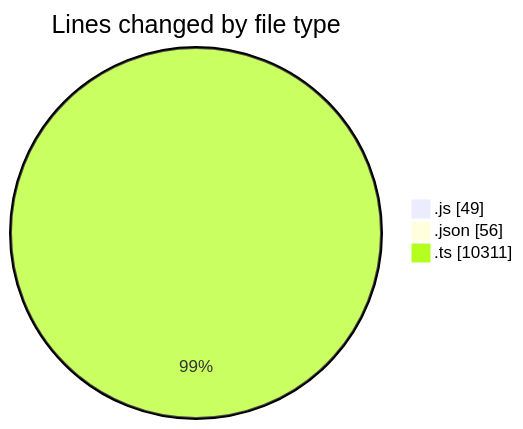
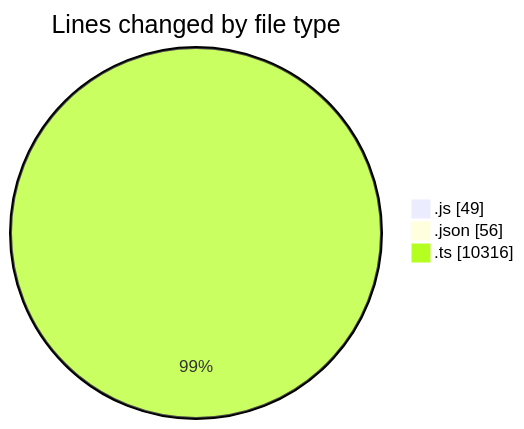
The first of 2 diagrams in 2025-09-04/cda/README.md (momahboobian/code-tracking), drawn with Mermaid before and after one commit. The commit also changed other lines of this file and 1 other file, not shown here.

````diff
--- a/2025-09-04/cda/README.md
+++ b/2025-09-04/cda/README.md
@@ -24,7 +24,7 @@
 ```mermaid
 pie showData
 title Lines changed by file type
 ".js" : 49
 ".json" : 56
-".ts" : 10311
+".ts" : 10316
 ```
````
